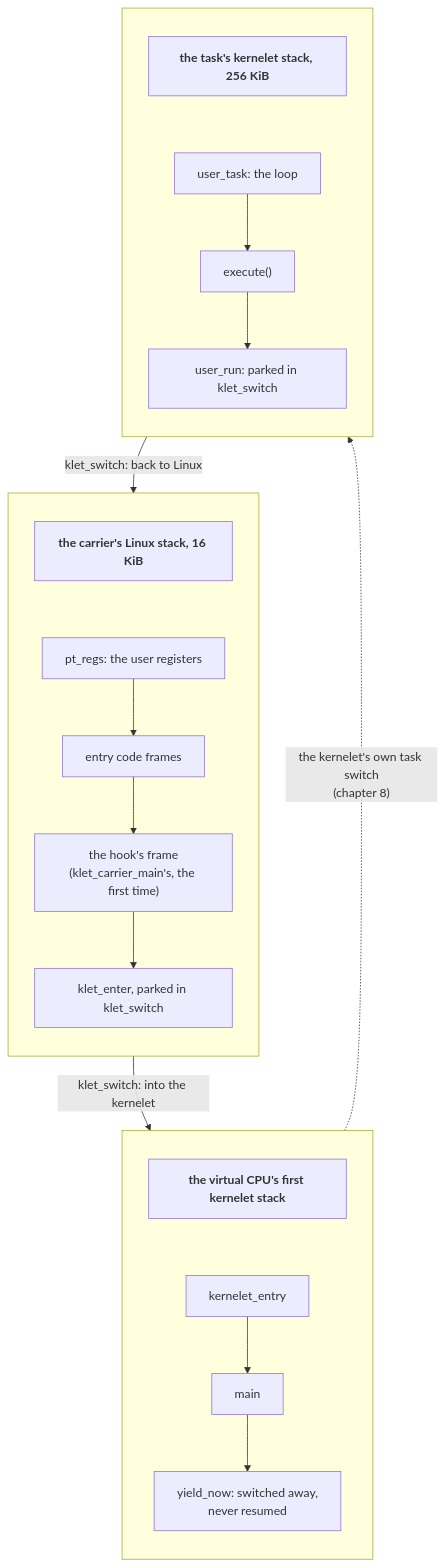
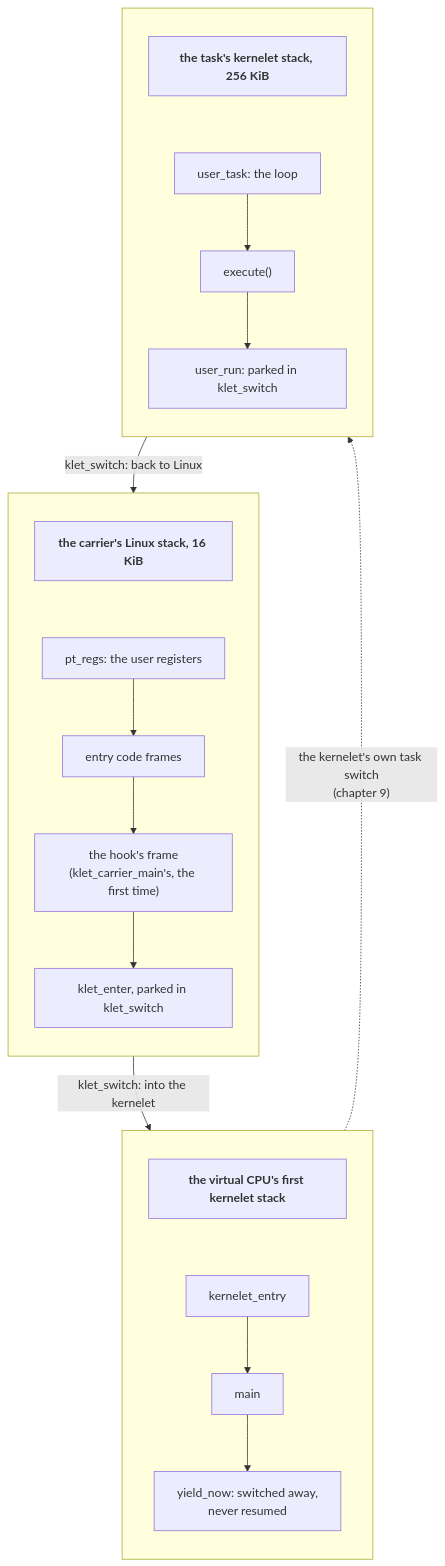
The diagram in src/two-stacks.md (Plucky923/kernelet), drawn with Mermaid before and after one commit. The commit also changed other lines of this file and 27 other files, not shown here.

````diff
--- a/src/two-stacks.md
+++ b/src/two-stacks.md
@@ -17,18 +17,18 @@
 ```mermaid
 flowchart TB
     subgraph L[" "]
         direction TB
         l0["<b>the carrier's Linux stack, 16 KiB</b>"] ~~~ l1["pt_regs: the user registers"] --> l2["entry code frames"] --> l3["the hook's frame<br/>(klet_carrier_main's, the first time)"] --> l4["klet_enter, parked in klet_switch"]
     end
     subgraph B[" "]
         direction TB
         b0["<b>the virtual CPU's first kernelet stack</b>"] ~~~ b1["kernelet_entry"] --> b2["main"] --> b3["yield_now: switched away,<br/>never resumed"]
     end
     subgraph K[" "]
         direction TB
         k0["<b>the task's kernelet stack, 256 KiB</b>"] ~~~ k1["user_task: the loop"] --> k2["execute()"] --> k3["user_run: parked in klet_switch"]
     end
     L -- "klet_switch: into the kernelet" --> B
-    B -. "the kernelet's own task switch<br/>(chapter 8)" .-> K
+    B -. "the kernelet's own task switch<br/>(chapter 9)" .-> K
     K -- "klet_switch: back to Linux" --> L
 ```
````
